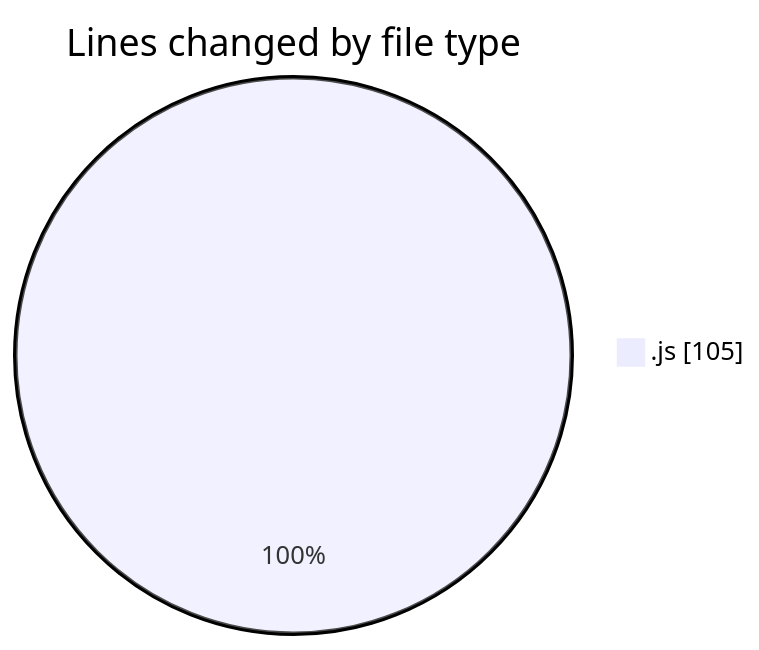
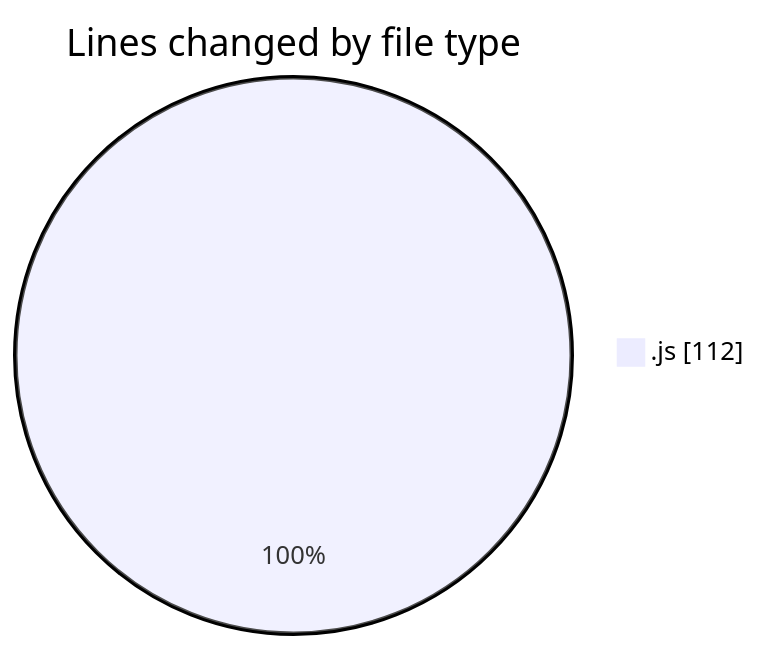
One commit to vahidmafi/code-tracking changed the first of 2 diagrams in 2025-06-21/horizon/README.md. Above: the diagram before and after it, drawn with Mermaid. The commit also changed other lines of this file and 1 other file, not shown here.

````diff
--- a/2025-06-21/horizon/README.md
+++ b/2025-06-21/horizon/README.md
@@ -20,5 +20,5 @@
 ```mermaid
 pie showData
 title Lines changed by file type
-".js" : 105
+".js" : 112
 ```
````
